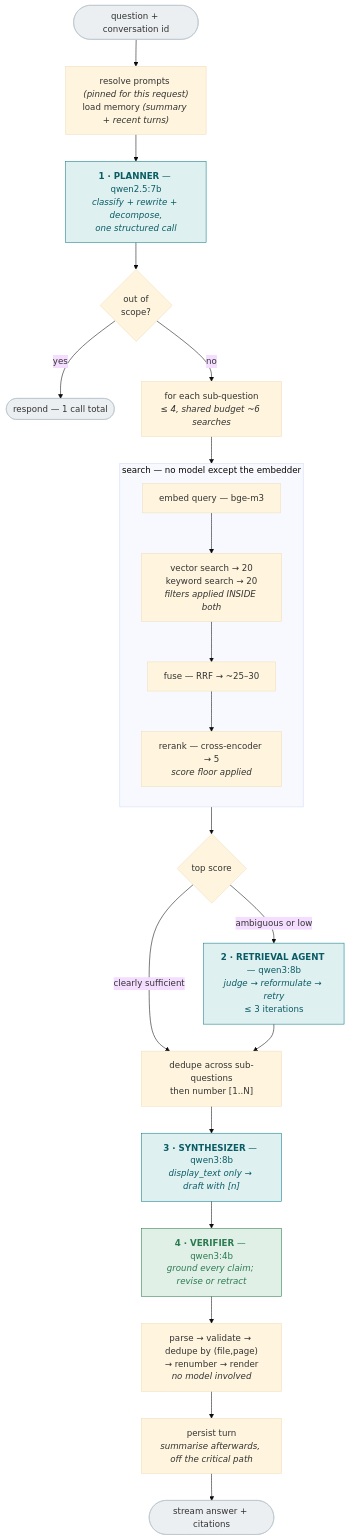
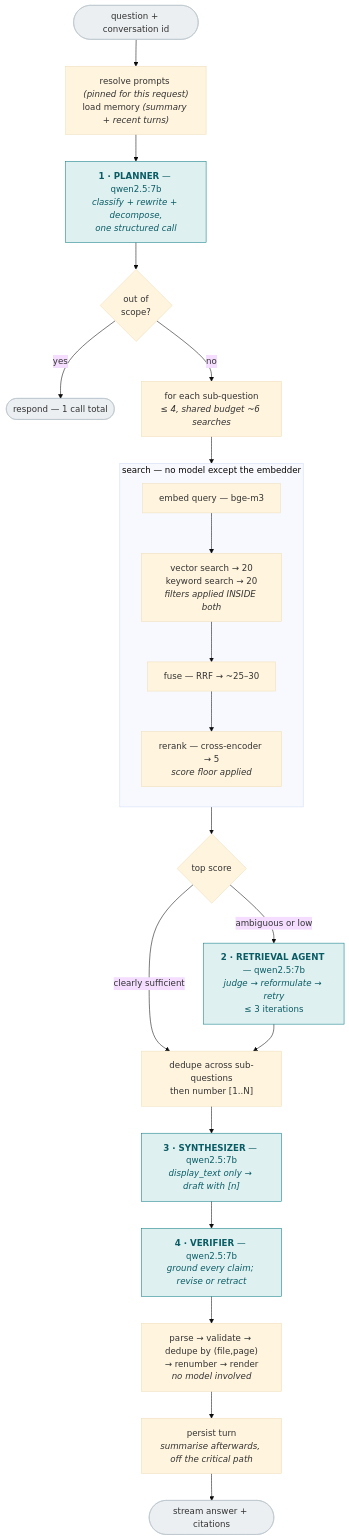
One commit to chirag-sanghvi-93/document_search_platform changed the fifth of 6 diagrams in doc/02-architecture.md. Above: the diagram before and after it, drawn with Mermaid (base theme). The commit also changed other lines of this file and 1 other file, not shown here.

Commit message:
UPDATED problem-statement and Architecture

````diff
--- a/doc/02-architecture.md
+++ b/doc/02-architecture.md
@@ -304,43 +304,41 @@
 ```mermaid
 flowchart TB
     q(["question + conversation id"]) --> setup["resolve prompts <i>(pinned for this request)</i><br/>load memory <i>(summary + recent turns)</i>"]
 
     setup --> planner["<b>1 · PLANNER</b> — qwen2.5:7b<br/><i>classify + rewrite + decompose,<br/>one structured call</i>"]
 
     planner --> scope{"out of<br/>scope?"}
     scope -->|yes| decline1(["respond — 1 call total"])
 
     scope -->|no| loop["for each sub-question<br/><i>≤ 4, shared budget ~6 searches</i>"]
 
     loop --> search
 
     subgraph search ["search — no model except the embedder"]
         direction TB
         embedq["embed query — bge-m3"]
         embedq --> par["vector search → 20<br/>keyword search → 20<br/><i>filters applied INSIDE both</i>"]
         par --> fuse["fuse — RRF → ~25–30"]
         fuse --> rerank["rerank — cross-encoder → 5<br/><i>score floor applied</i>"]
     end
 
     search --> signal{"top score"}
     signal -->|"clearly sufficient"| collect
-    signal -->|"ambiguous or low"| agent["<b>2 · RETRIEVAL AGENT</b> — qwen3:8b<br/><i>judge → reformulate → retry</i><br/>≤ 3 iterations"]
+    signal -->|"ambiguous or low"| agent["<b>2 · RETRIEVAL AGENT</b> — qwen2.5:7b<br/><i>judge → reformulate → retry</i><br/>≤ 3 iterations"]
     agent --> collect
 
     collect["dedupe across sub-questions<br/>then number [1..N]"]
 
-    collect --> synth["<b>3 · SYNTHESIZER</b> — qwen3:8b<br/><i>display_text only → draft with [n]</i>"]
-    synth --> verify["<b>4 · VERIFIER</b> — qwen3:4b<br/><i>ground every claim; revise or retract</i>"]
+    collect --> synth["<b>3 · SYNTHESIZER</b> — qwen2.5:7b<br/><i>display_text only → draft with [n]</i>"]
+    synth --> verify["<b>4 · VERIFIER</b> — qwen2.5:7b<br/><i>ground every claim; revise or retract</i>"]
 
     verify --> cite["parse → validate → dedupe by (file,page)<br/>→ renumber → render<br/><i>no model involved</i>"]
 
     cite --> persist["persist turn<br/><i>summarise afterwards, off the critical path</i>"]
     persist --> out(["stream answer + citations"])
 
     classDef model fill:#DFF0F1,stroke:#0E7C86,color:#0A5C64
-    classDef small fill:#E0F0E7,stroke:#2C7A50,color:#2C7A50
     classDef term fill:#ECEFF2,stroke:#B9C4CC
-    class planner,agent,synth model
-    class verify small
+    class planner,agent,synth,verify model
     class q,out,decline1 term
 ```
````
